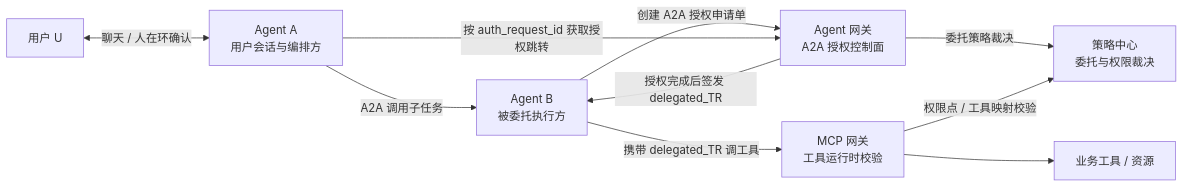
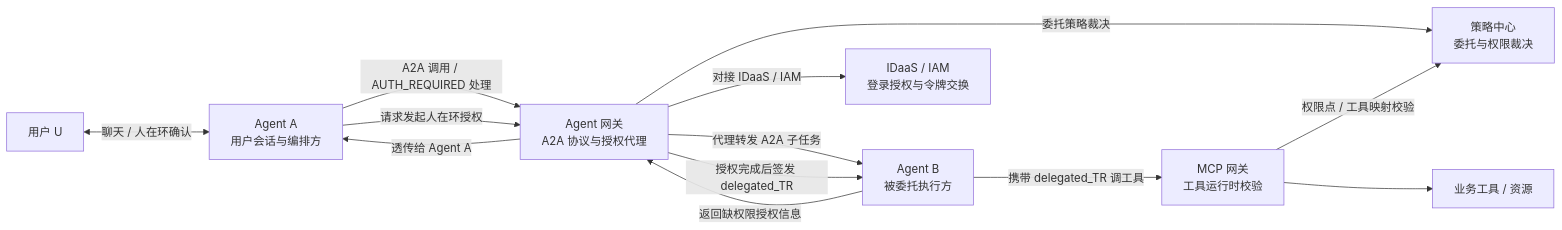
The first of 5 diagrams in docs/final_design/10_A2A委托授权与Agent安全方案.md (xuning117634-ux/auth-design-spec), drawn with Mermaid before and after one commit. The commit also changed other lines of this file and 1 other file, not shown here.

````diff
--- a/docs/final_design/10_A2A委托授权与Agent安全方案.md
+++ b/docs/final_design/10_A2A委托授权与Agent安全方案.md
@@ -58,20 +60,24 @@
 ```mermaid
 flowchart LR
     User["用户 U"]
     A["Agent A<br/>用户会话与编排方"]
+    GW["Agent 网关<br/>A2A 协议与授权代理"]
     B["Agent B<br/>被委托执行方"]
-    GW["Agent 网关<br/>A2A 授权控制面"]
     PC["策略中心<br/>委托与权限裁决"]
+    ID["IDaaS / IAM<br/>登录授权与令牌交换"]
     MCP["MCP 网关<br/>工具运行时校验"]
     Tool["业务工具 / 资源"]
 
     User <-->|"聊天 / 人在环确认"| A
-    A -->|"A2A 调用子任务"| B
-    B -->|"创建 A2A 授权申请单"| GW
-    A -->|"按 auth_request_id 获取授权跳转"| GW
+    A -->|"A2A 调用 / AUTH_REQUIRED 处理"| GW
+    GW -->|"代理转发 A2A 子任务"| B
+    B -->|"返回缺权限授权信息"| GW
+    GW -->|"透传给 Agent A"| A
+    A -->|"请求发起人在环授权"| GW
     GW -->|"委托策略裁决"| PC
+    GW -->|"对接 IDaaS / IAM"| ID
     GW -->|"授权完成后签发 delegated_TR"| B
     B -->|"携带 delegated_TR 调工具"| MCP
     MCP -->|"权限点 / 工具映射校验"| PC
     MCP --> Tool
 ```
````
